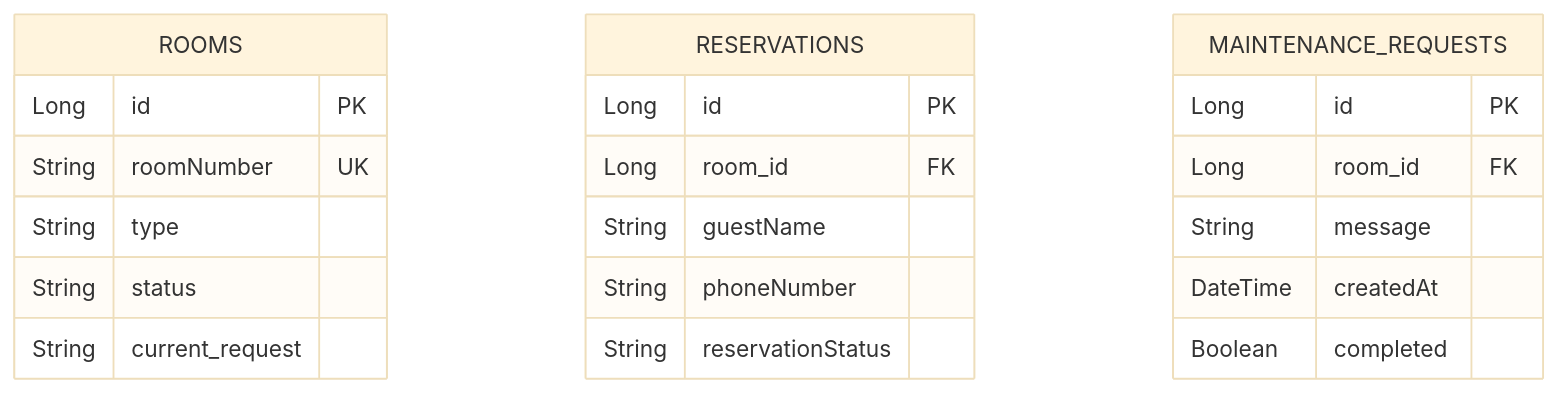
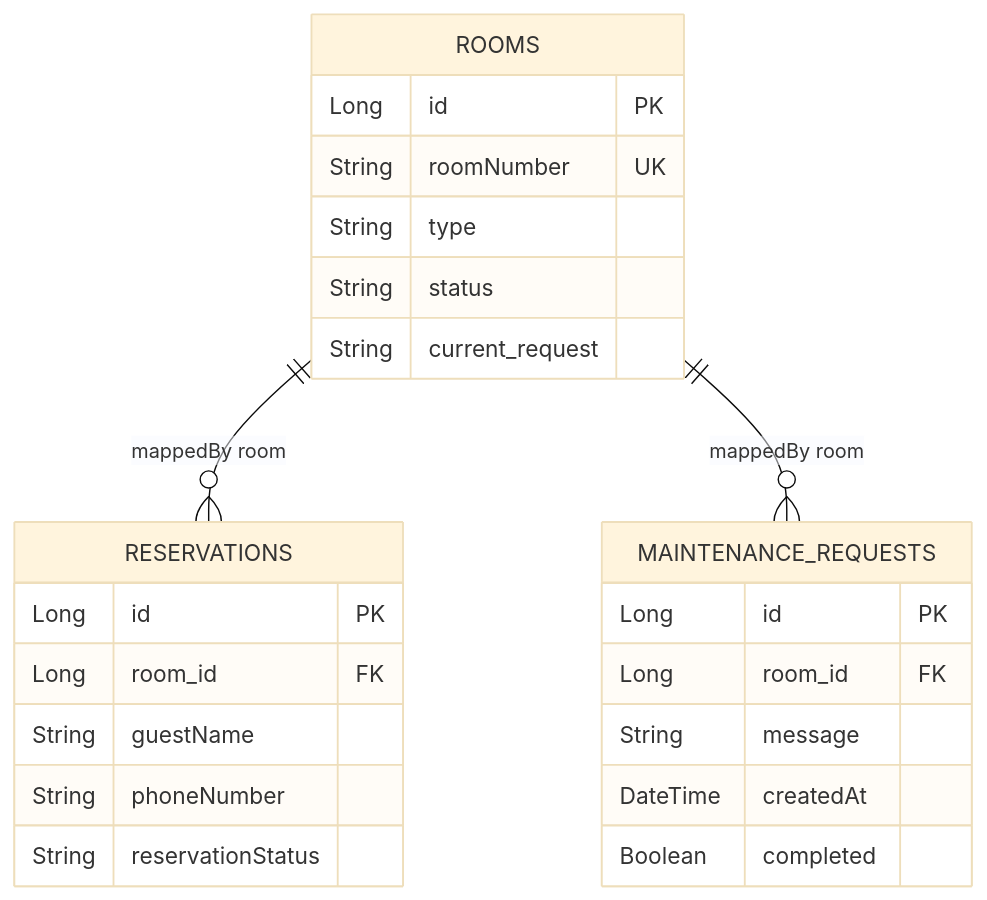
Before and after one commit to Minkaln/RMA: the diagram in README.md, drawn with Mermaid (base theme).

````diff
--- a/README.md
+++ b/README.md
@@ -62,27 +62,29 @@
 ```mermaid
 erDiagram
+    ROOMS ||--o{ RESERVATIONS : "mappedBy room"
+    ROOMS ||--o{ MAINTENANCE_REQUESTS : "mappedBy room"
 
     ROOMS {
         Long id PK
         String roomNumber UK
         String type
         String status
         String current_request
     }
 
     RESERVATIONS {
         Long id PK
         Long room_id FK
         String guestName
         String phoneNumber
         String reservationStatus
     }
 
     MAINTENANCE_REQUESTS {
         Long id PK
         Long room_id FK
         String message
         DateTime createdAt
         Boolean completed
     }
 ```
````
